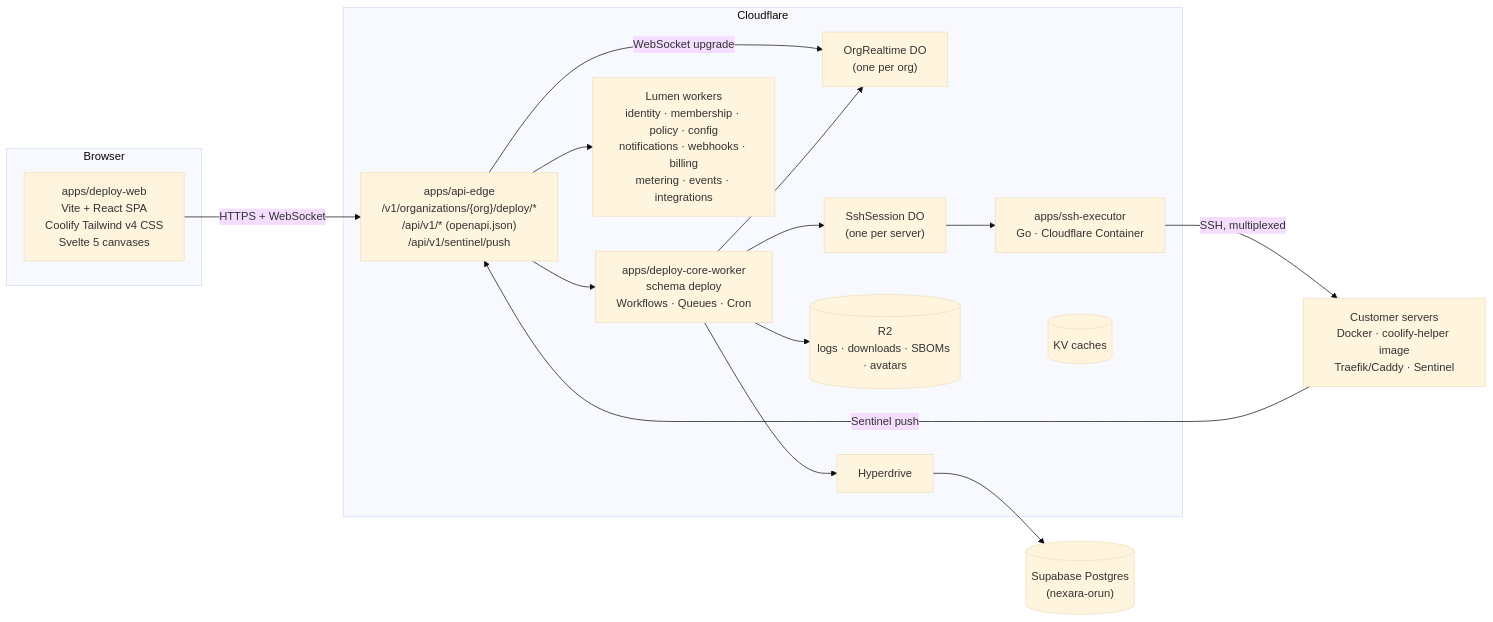
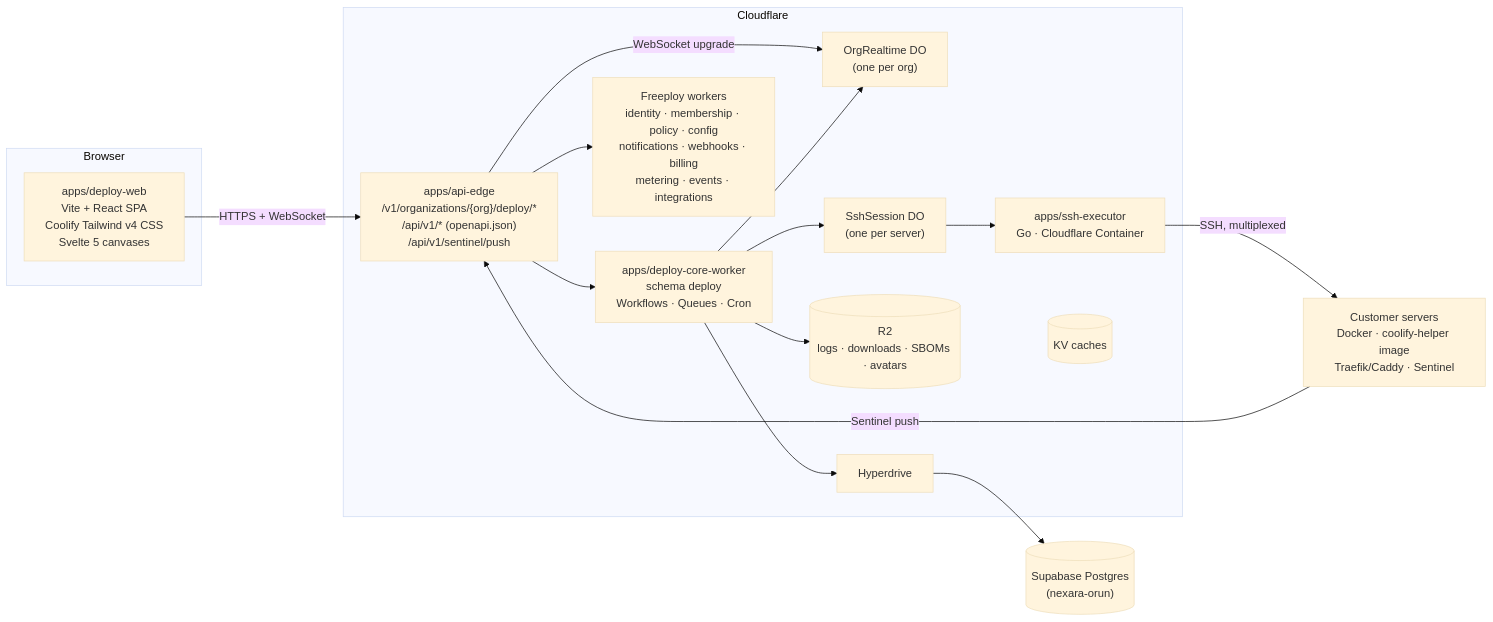
The diagram in specs/epics/freeploy-coolify-parity/design.md (pullely/freeploy), drawn with Mermaid (base theme) before and after one commit. The commit also changed other lines of this file and 38 other files, not shown here.

````diff
--- a/specs/epics/freeploy-coolify-parity/design.md
+++ b/specs/epics/freeploy-coolify-parity/design.md
@@ -11,28 +11,28 @@
 ```mermaid
 flowchart LR
   subgraph Browser
     WEB["apps/deploy-web<br/>Vite + React SPA<br/>Coolify Tailwind v4 CSS<br/>Svelte 5 canvases"]
   end
   subgraph Cloudflare
     EDGE["apps/api-edge<br/>/v1/organizations/{org}/deploy/*<br/>/api/v1/* (openapi.json)<br/>/api/v1/sentinel/push"]
     CORE["apps/deploy-core-worker<br/>schema deploy<br/>Workflows · Queues · Cron"]
     RT["OrgRealtime DO<br/>(one per org)"]
     SSH["SshSession DO<br/>(one per server)"]
     EXE["apps/ssh-executor<br/>Go · Cloudflare Container"]
-    LUMEN["Lumen workers<br/>identity · membership · policy · config<br/>notifications · webhooks · billing<br/>metering · events · integrations"]
+    LUMEN["Freeploy workers<br/>identity · membership · policy · config<br/>notifications · webhooks · billing<br/>metering · events · integrations"]
     R2[("R2<br/>logs · downloads · SBOMs · avatars")]
     KV[("KV caches")]
     HD["Hyperdrive"]
   end
   PG[("Supabase Postgres<br/>(nexara-orun)")]
   SRV["Customer servers<br/>Docker · coolify-helper image<br/>Traefik/Caddy · Sentinel"]
   WEB -->|HTTPS + WebSocket| EDGE
   EDGE --> CORE
   EDGE --> LUMEN
   EDGE -->|WebSocket upgrade| RT
   CORE --> HD --> PG
   CORE --> SSH --> EXE -->|SSH, multiplexed| SRV
   CORE --> RT
   CORE --> R2
   SRV -->|Sentinel push| EDGE
 ```
````
